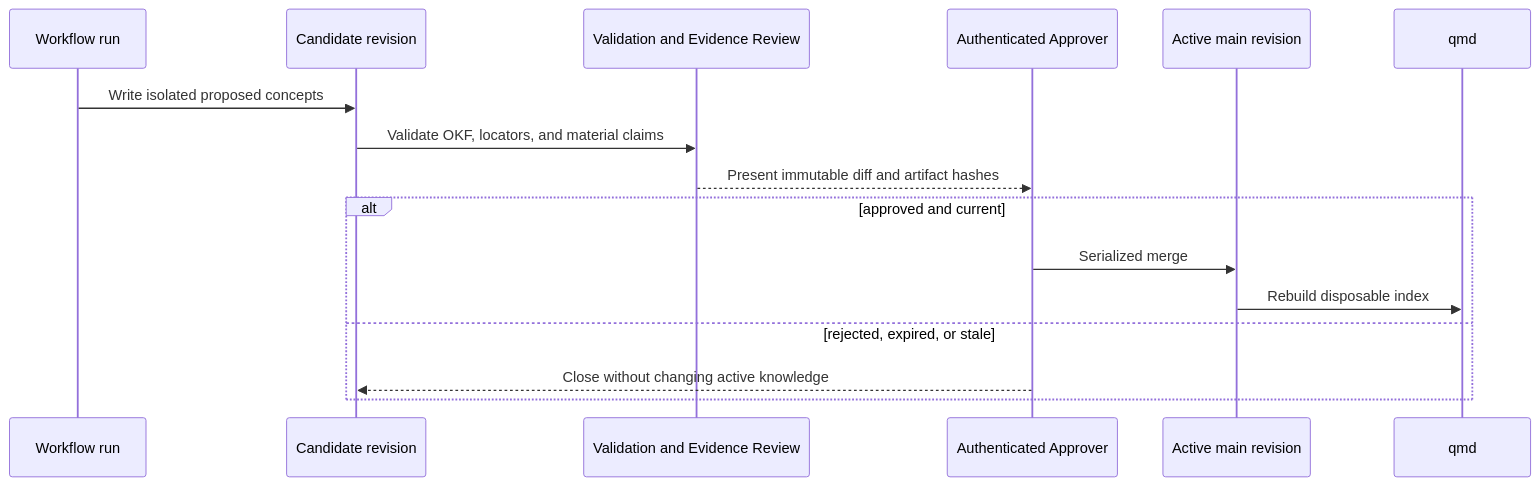
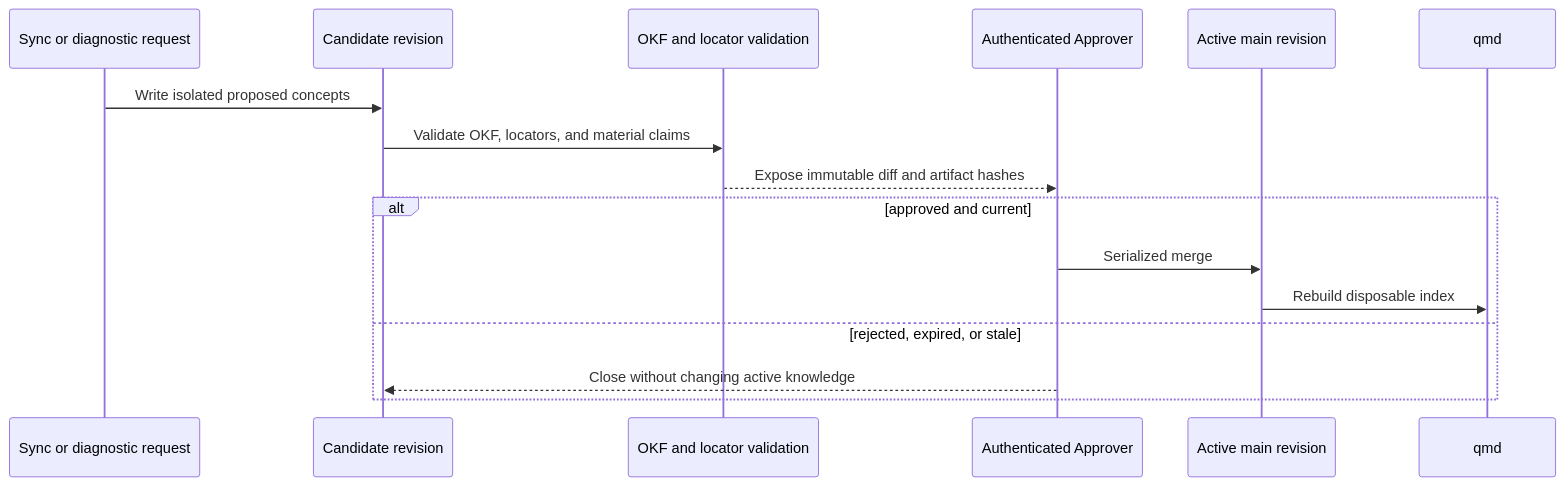
The fifth of 5 diagrams in docs/PROJECT_ARCHITECTURE.md (beratolmez/agenstfer-agi), drawn with Mermaid before and after one commit. The commit also changed other lines of this file and 32 other files, not shown here.

Commit message:
feat: persist evidence and gate OKF revisions

````diff
--- a/docs/PROJECT_ARCHITECTURE.md
+++ b/docs/PROJECT_ARCHITECTURE.md
@@ -320,18 +320,18 @@
 ```mermaid
 sequenceDiagram
-    participant R as Workflow run
+    participant R as Sync or diagnostic request
     participant C as Candidate revision
-    participant V as Validation and Evidence Review
+    participant V as OKF and locator validation
     participant A as Authenticated Approver
     participant M as Active main revision
     participant Q as qmd
     R->>C: Write isolated proposed concepts
     C->>V: Validate OKF, locators, and material claims
-    V-->>A: Present immutable diff and artifact hashes
+    V-->>A: Expose immutable diff and artifact hashes
     alt approved and current
         A->>M: Serialized merge
         M->>Q: Rebuild disposable index
     else rejected, expired, or stale
         A-->>C: Close without changing active knowledge
     end
 ```
````
